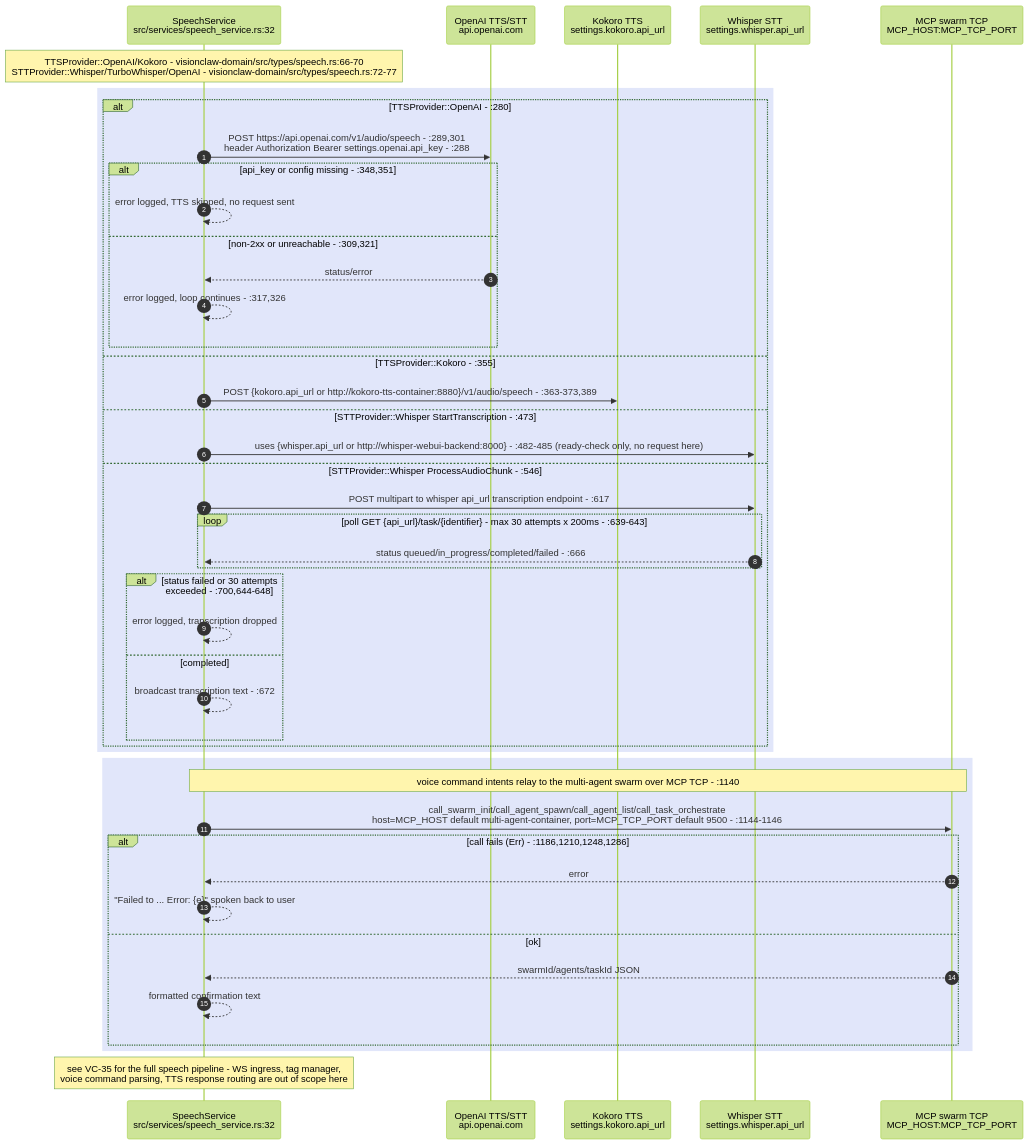
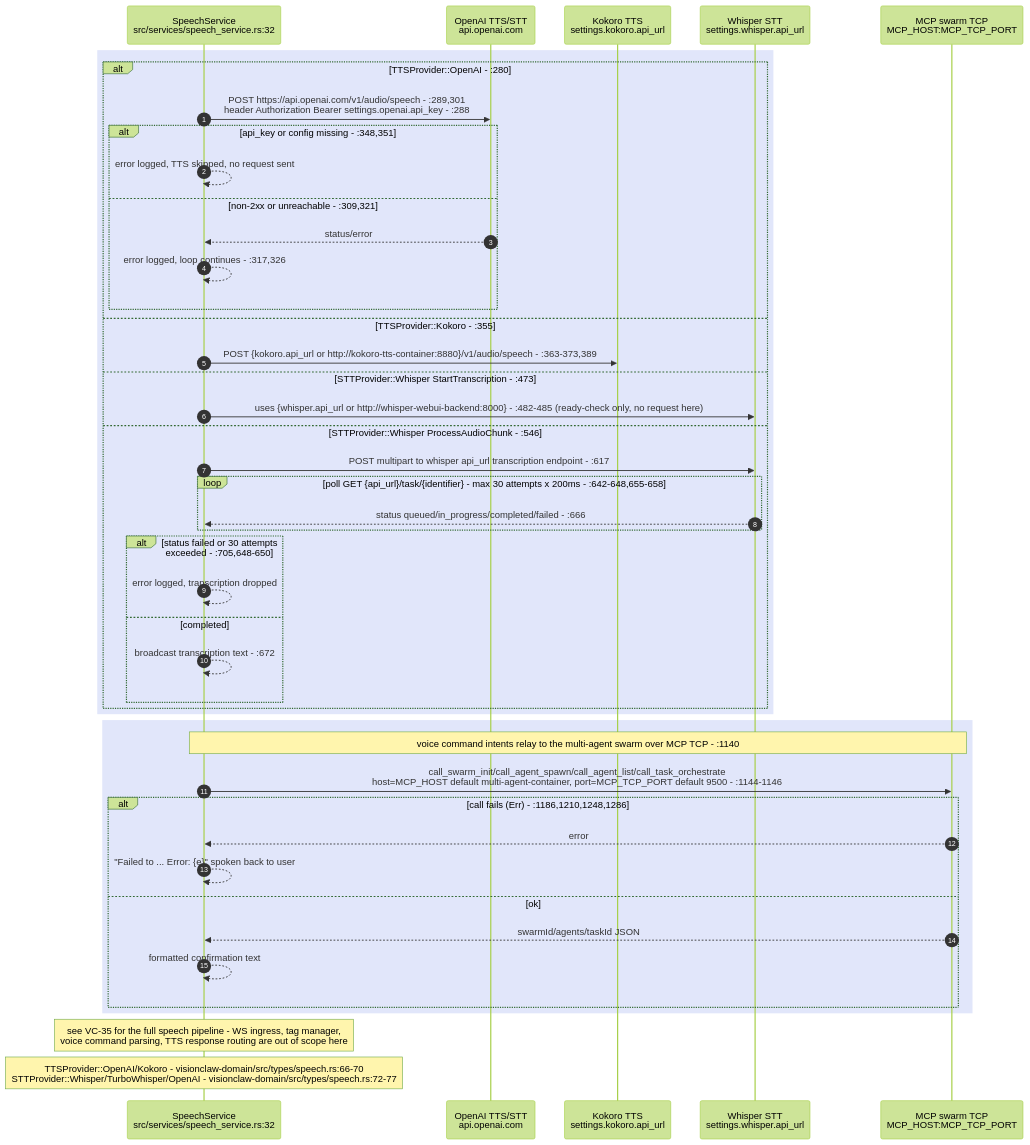
One commit to DreamLab-AI/VisionFlow changed the seventh of 9 diagrams in docs/diagrams/visionclaw/28-external-services.md. Above: the diagram before and after it, drawn with Mermaid (forest theme). The commit also changed other lines of this file and 52 other files, not shown here.

First line of the commit message:
docs(diagrams): wave 3 checkpoint — bare line refs resolved, revision-pinned cite-check, VC-05/AB-01..13 re-attested

````diff
--- a/docs/diagrams/visionclaw/28-external-services.md
+++ b/docs/diagrams/visionclaw/28-external-services.md
@@ -334,51 +335,50 @@
 ```mermaid
 sequenceDiagram
     autonumber
     participant SS as SpeechService<br/>src/services/speech_service.rs:32
     participant OAI as OpenAI TTS/STT<br/>api.openai.com
     participant KOK as Kokoro TTS<br/>settings.kokoro.api_url
     participant WHI as Whisper STT<br/>settings.whisper.api_url
     participant MCP as MCP swarm TCP<br/>MCP_HOST:MCP_TCP_PORT
-
-    Note over SS: TTSProvider::OpenAI/Kokoro - visionclaw-domain/src/types/speech.rs:66-70<br/>STTProvider::Whisper/TurboWhisper/OpenAI - visionclaw-domain/src/types/speech.rs:72-77
 
     rect rgb(225,230,250)
     alt TTSProvider::OpenAI - :280
         SS->>OAI: POST https://api.openai.com/v1/audio/speech - :289,301<br/>header Authorization Bearer settings.openai.api_key - :288
         alt api_key or config missing - :348,351
             SS-->>SS: error logged, TTS skipped, no request sent
         else non-2xx or unreachable - :309,321
             OAI-->>SS: status/error
             SS-->>SS: error logged, loop continues - :317,326
         end
     else TTSProvider::Kokoro - :355
         SS->>KOK: POST {kokoro.api_url or http://kokoro-tts-container:8880}/v1/audio/speech - :363-373,389
     else STTProvider::Whisper StartTranscription - :473
         SS->>WHI: uses {whisper.api_url or http://whisper-webui-backend:8000} - :482-485 (ready-check only, no request here)
     else STTProvider::Whisper ProcessAudioChunk - :546
         SS->>WHI: POST multipart to whisper api_url transcription endpoint - :617
-        loop poll GET {api_url}/task/{identifier} - max 30 attempts x 200ms - :639-643
+        loop poll GET {api_url}/task/{identifier} - max 30 attempts x 200ms - :642-648,655-658
             WHI-->>SS: status queued/in_progress/completed/failed - :666
         end
-        alt status failed or 30 attempts exceeded - :700,644-648
+        alt status failed or 30 attempts exceeded - :705,648-650
             SS-->>SS: error logged, transcription dropped
         else completed
             SS-->>SS: broadcast transcription text - :672
         end
     end
     end
 
     rect rgb(225,230,250)
     Note over SS,MCP: voice command intents relay to the multi-agent swarm over MCP TCP - :1140
     SS->>MCP: call_swarm_init/call_agent_spawn/call_agent_list/call_task_orchestrate<br/>host=MCP_HOST default multi-agent-container, port=MCP_TCP_PORT default 9500 - :1144-1146
     alt call fails (Err) - :1186,1210,1248,1286
         MCP-->>SS: error
         SS-->>SS: "Failed to ... Error: {e}" spoken back to user
     else ok
         MCP-->>SS: swarmId/agents/taskId JSON
         SS-->>SS: formatted confirmation text
     end
     end
 
     Note over SS: see VC-35 for the full speech pipeline - WS ingress, tag manager,<br/>voice command parsing, TTS response routing are out of scope here
+    Note over SS: TTSProvider::OpenAI/Kokoro - visionclaw-domain/src/types/speech.rs:66-70<br/>STTProvider::Whisper/TurboWhisper/OpenAI - visionclaw-domain/src/types/speech.rs:72-77
 ```
````
